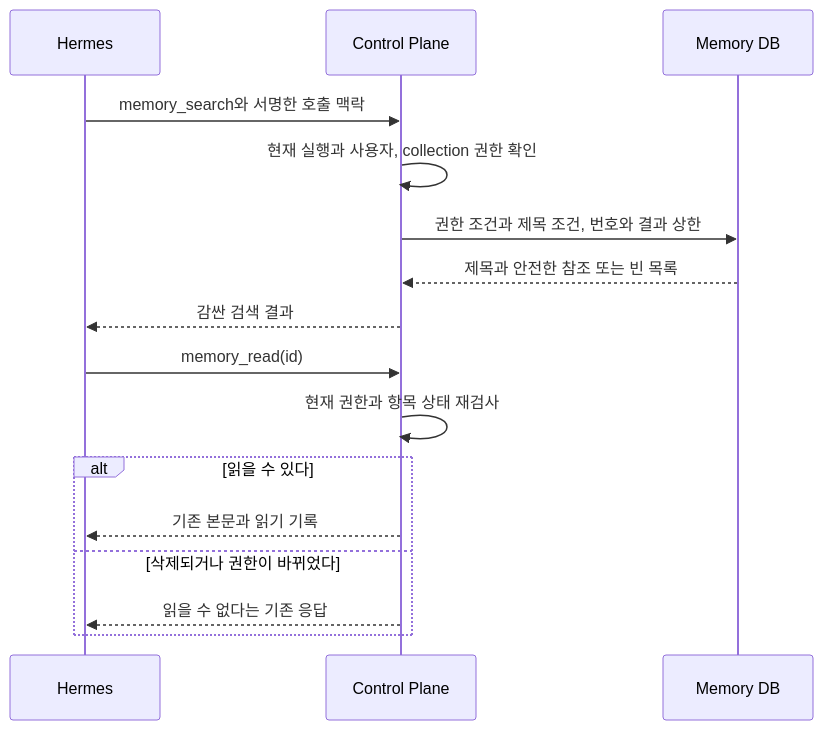
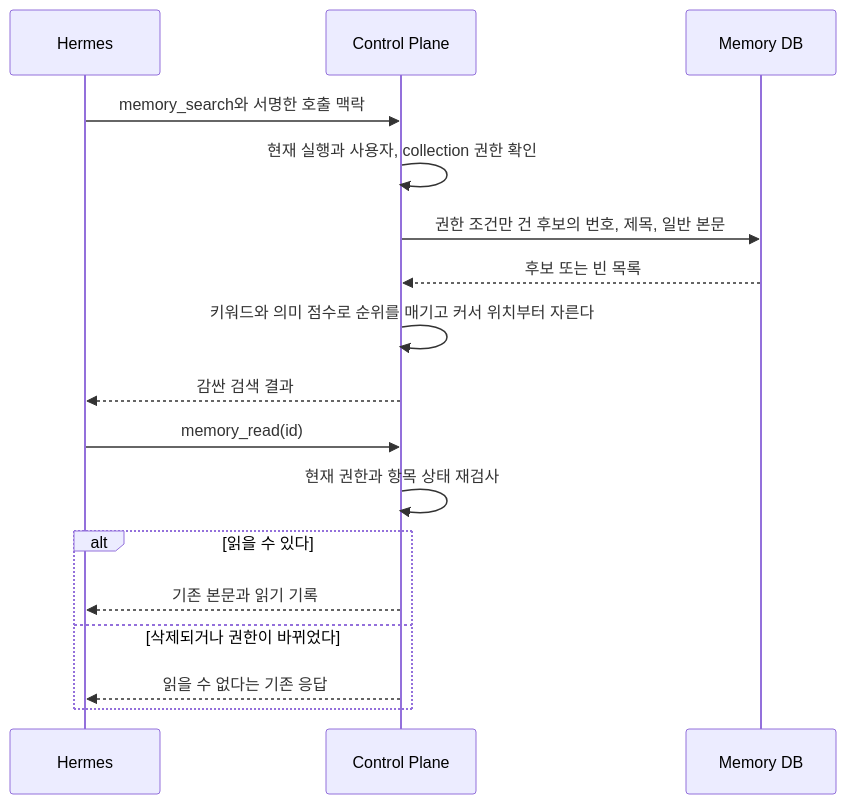
The first of 2 diagrams in docs/features/memory.md (jon890/fos-assistant), drawn with Mermaid before and after one commit. The commit also changed other lines of this file and 4 other files, not shown here.

````diff
--- a/docs/features/memory.md
+++ b/docs/features/memory.md
@@ -20,18 +22,19 @@
 ```mermaid
 sequenceDiagram
     participant H as Hermes
     participant C as Control Plane
     participant D as Memory DB
     H->>C: memory_search와 서명한 호출 맥락
     C->>C: 현재 실행과 사용자, collection 권한 확인
-    C->>D: 권한 조건과 제목 조건, 번호와 결과 상한
-    D-->>C: 제목과 안전한 참조 또는 빈 목록
+    C->>D: 권한 조건만 건 후보의 번호, 제목, 일반 본문
+    D-->>C: 후보 또는 빈 목록
+    C->>C: 키워드와 의미 점수로 순위를 매기고 커서 위치부터 자른다
     C-->>H: 감싼 검색 결과
     H->>C: memory_read(id)
     C->>C: 현재 권한과 항목 상태 재검사
     alt 읽을 수 있다
         C-->>H: 기존 본문과 읽기 기록
     else 삭제되거나 권한이 바뀌었다
         C-->>H: 읽을 수 없다는 기존 응답
     end
 ```
````
